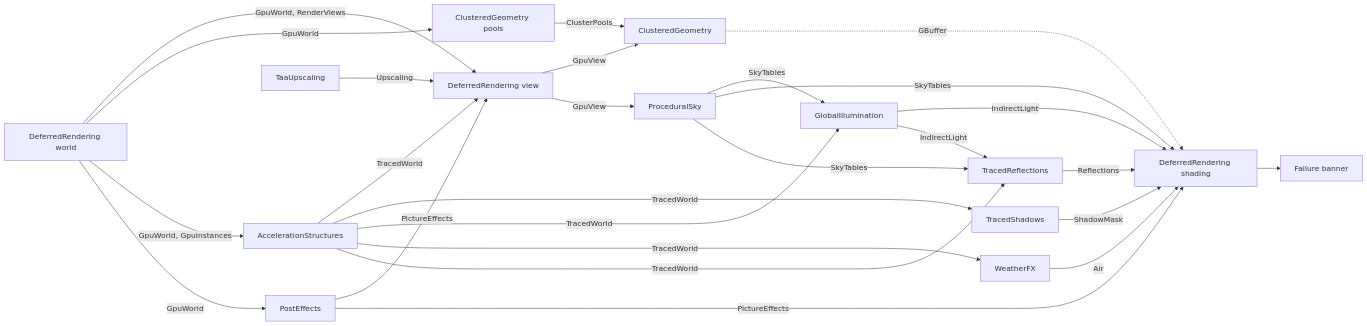
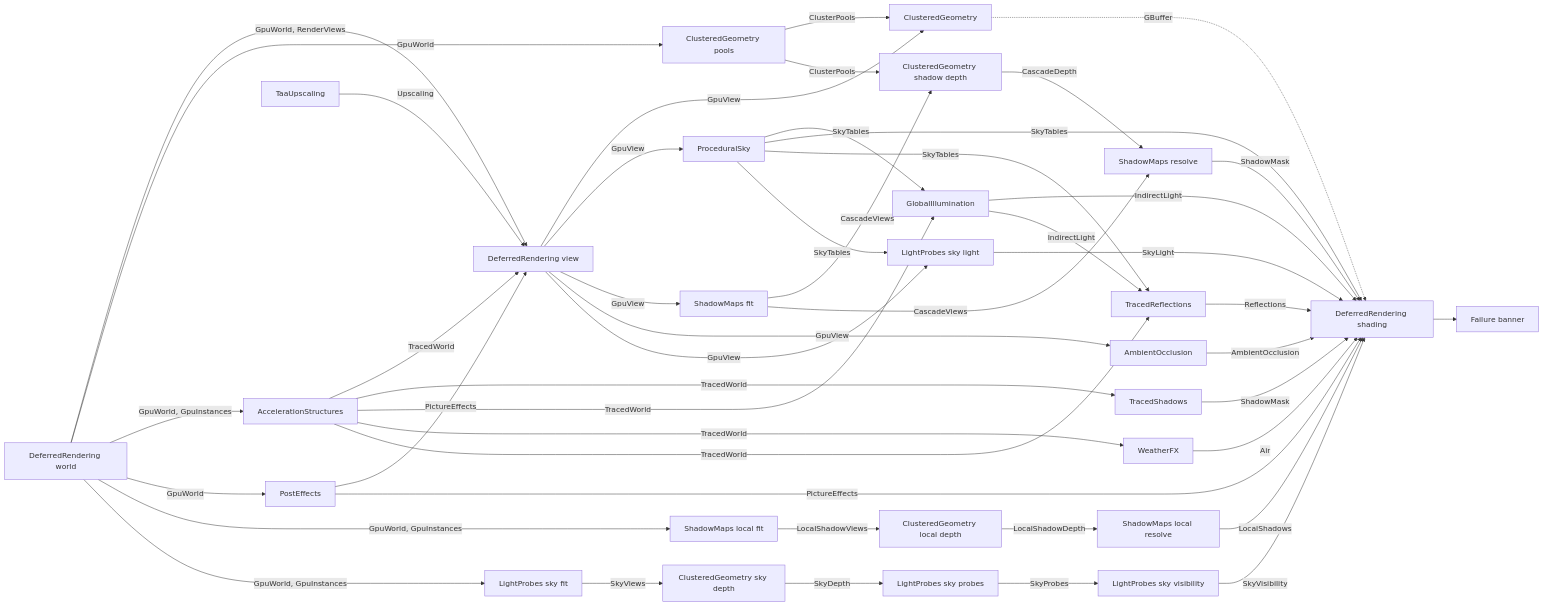
The diagram in docs/RENDERING.md (Konfus-org/Magic), drawn with Mermaid before and after one commit. The commit also changed other lines of this file and 85 other files, not shown here.

First line of the commit message:
feat: traditional renderer with shadow maps for every light, GTAO and sky visibility

````diff
--- a/docs/RENDERING.md
+++ b/docs/RENDERING.md
@@ -12,28 +12,48 @@
 ```mermaid
 flowchart LR
     World[DeferredRendering world] -- GpuWorld, RenderViews --> View[DeferredRendering view]
     World -- GpuWorld --> Pools[ClusteredGeometry pools]
     World -- GpuWorld, GpuInstances --> Accel[AccelerationStructures]
     World -- GpuWorld --> Post[PostEffects]
     Taa[TaaUpscaling] -- Upscaling --> View
     Post -- PictureEffects --> View
     Accel -- TracedWorld --> View
     View -- GpuView --> Clusters[ClusteredGeometry]
     View -- GpuView --> Sky[ProceduralSky]
     Sky -- SkyTables --> GI
     Sky -- SkyTables --> Shading
     Sky -- SkyTables --> Refl
     Pools -- ClusterPools --> Clusters
     Accel -- TracedWorld --> Shadows[TracedShadows]
     Accel -- TracedWorld --> GI[GlobalIllumination]
     Accel -- TracedWorld --> Vol[WeatherFX]
     Shadows -- ShadowMask --> Shading[DeferredRendering shading]
+    View -- GpuView --> Fit[ShadowMaps fit]
+    Fit -- CascadeViews --> ShadowDepth[ClusteredGeometry shadow depth]
+    Pools -- ClusterPools --> ShadowDepth
+    ShadowDepth -- CascadeDepth --> Resolve[ShadowMaps resolve]
+    Fit -- CascadeViews --> Resolve
+    Resolve -- ShadowMask --> Shading
+    World -- GpuWorld, GpuInstances --> LocalFit[ShadowMaps local fit]
+    LocalFit -- LocalShadowViews --> LocalDepth[ClusteredGeometry local depth]
+    LocalDepth -- LocalShadowDepth --> LocalResolve[ShadowMaps local resolve]
+    LocalResolve -- LocalShadows --> Shading
+    View -- GpuView --> Gtao[AmbientOcclusion]
+    Gtao -- AmbientOcclusion --> Shading
+    View -- GpuView --> SkyLight[LightProbes sky light]
+    Sky -- SkyTables --> SkyLight
+    SkyLight -- SkyLight --> Shading
+    World -- GpuWorld, GpuInstances --> SkyFit[LightProbes sky fit]
+    SkyFit -- SkyViews --> SkyDepth[ClusteredGeometry sky depth]
+    SkyDepth -- SkyDepth --> SkyProbes[LightProbes sky probes]
+    SkyProbes -- SkyProbes --> SkySeen[LightProbes sky visibility]
+    SkySeen -- SkyVisibility --> Shading
     GI -- IndirectLight --> Shading
     Accel -- TracedWorld --> Refl[TracedReflections]
     GI -- IndirectLight --> Refl
     Refl -- Reflections --> Shading
     Vol -- Air --> Shading
     Post -- PictureEffects --> Shading
     Clusters -. GBuffer .-> Shading
     Shading --> Banner[Failure banner]
 ```
````
